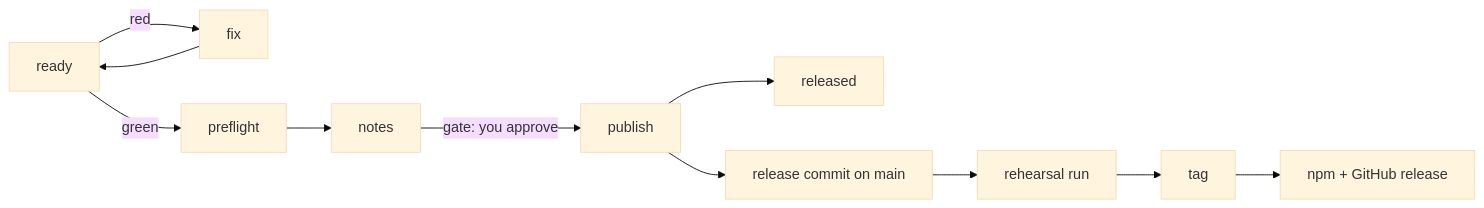
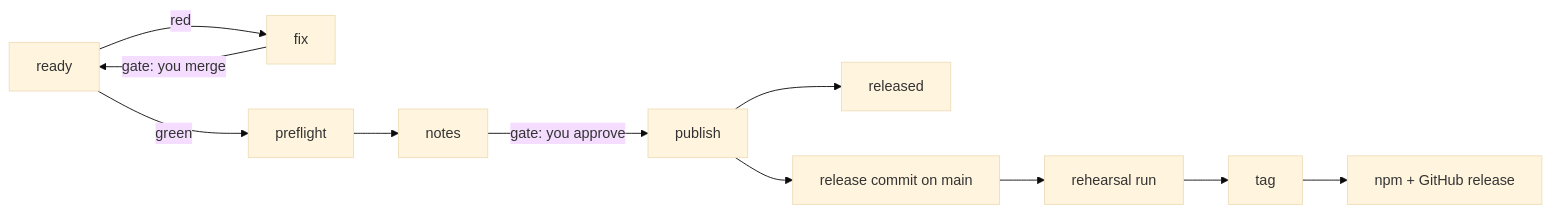
The diagram in docs/releasing.md (marvingygas/spoolway), drawn with Mermaid (base theme) before and after one commit. The commit also changed other lines of this file and 2 other files, not shown here.

````diff
--- a/docs/releasing.md
+++ b/docs/releasing.md
@@ -7,6 +8,6 @@
 ```mermaid
 flowchart LR
-  R[ready] -->|red| X[fix] --> R
+  R[ready] -->|red| X[fix] -->|gate: you merge| R
   R -->|green| A[preflight] --> B[notes] -->|gate: you approve| C[publish] --> V[released]
   C --> D[release commit on main] --> E[rehearsal run] --> F[tag] --> G[npm + GitHub release]
 ```
````
